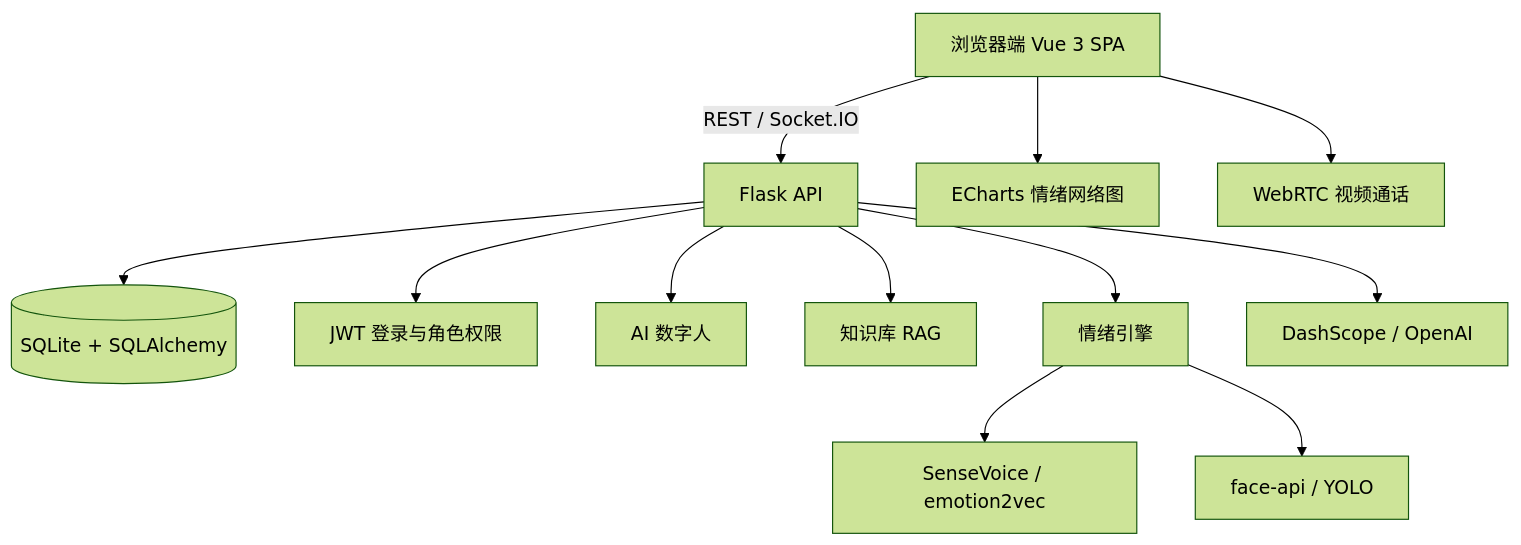
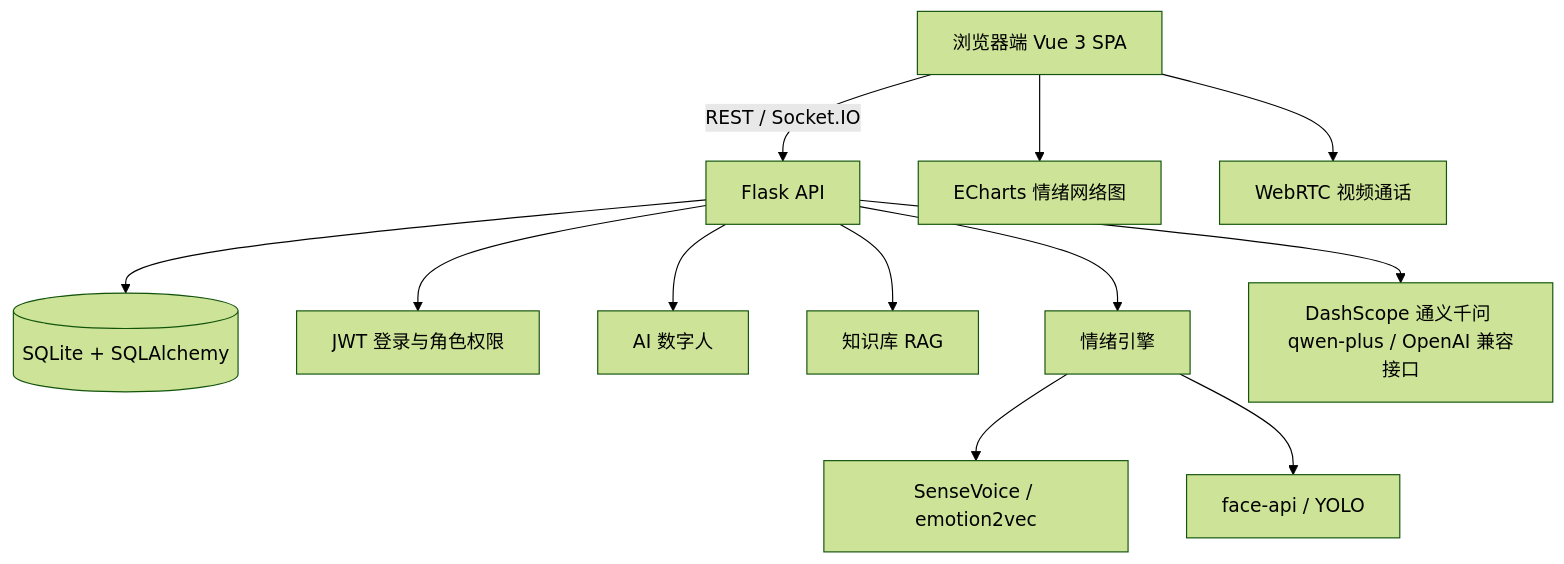
Before and after one commit to Liiiyonx/lingxin: the diagram in README.md, drawn with Mermaid (forest theme). The commit also changed other lines of this file, not shown here.

````diff
--- a/README.md
+++ b/README.md
@@ -32,14 +36,14 @@
 ```mermaid
 flowchart TB
     U[浏览器端 Vue 3 SPA] -->|REST / Socket.IO| F[Flask API]
     F --> DB[(SQLite + SQLAlchemy)]
     F --> AUTH[JWT 登录与角色权限]
     F --> DH[AI 数字人]
     F --> RAG[知识库 RAG]
     F --> EMO[情绪引擎]
     EMO --> SENSE[SenseVoice / emotion2vec]
     EMO --> VISION[face-api / YOLO]
-    F --> LLM[DashScope / OpenAI]
+    F --> LLM[DashScope 通义千问 qwen-plus / OpenAI 兼容接口]
     U --> NET[ECharts 情绪网络图]
     U --> RT[WebRTC 视频通话]
 ```
````
